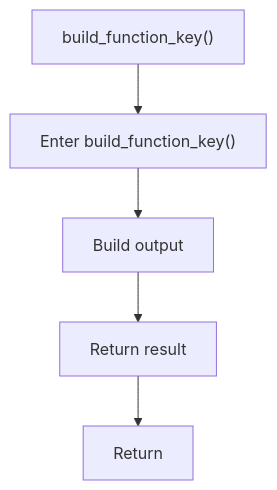
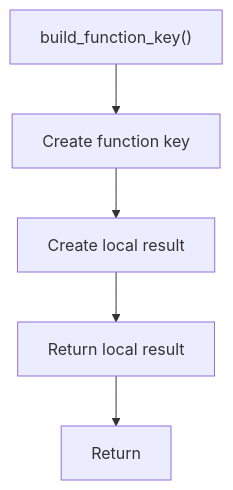
One commit to JohnAndrewBalbarosa/NeoTerritory changed the diagram in docs/Codebase/Microservice/Modules/Source/Analysis/ImplementationUse/Resolution/Symbols/Resolve/Flow/functions/build_function_key.cpp.md. Above: the diagram before and after it, drawn with Mermaid. The commit also changed other lines of this file and 915 other files, not shown here.

````diff
--- a/docs/Codebase/Microservice/Modules/Source/Analysis/ImplementationUse/Resolution/Symbols/Resolve/Flow/functions/build_function_key.cpp.md
+++ b/docs/Codebase/Microservice/Modules/Source/Analysis/ImplementationUse/Resolution/Symbols/Resolve/Flow/functions/build_function_key.cpp.md
@@ -17,12 +17,12 @@
 ```mermaid
 flowchart TD
     Start["build_function_key()"]
-    N0["Enter build_function_key()"]
-    N1["Build output"]
-    N2["Return result"]
+    N0["Create function key"]
+    N1["Create local result"]
+    N2["Return local result"]
     End["Return"]
     Start --> N0
     N0 --> N1
     N1 --> N2
     N2 --> End
 ```
````
